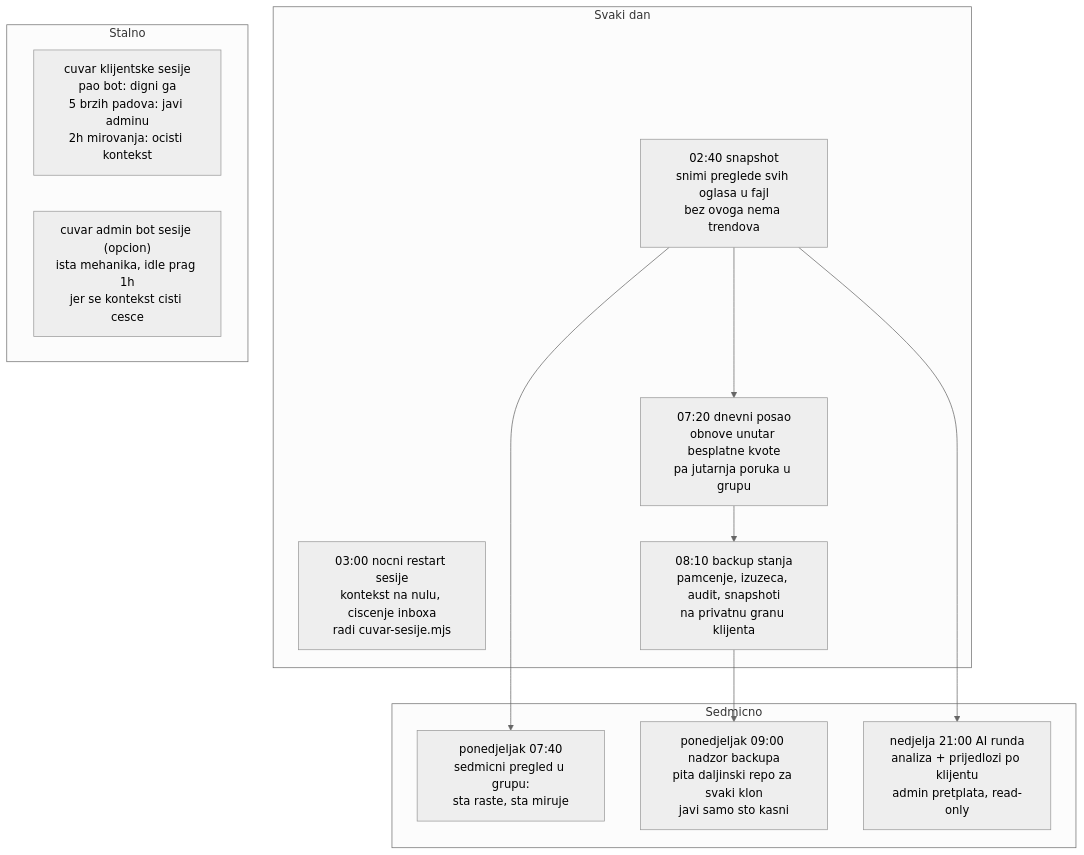
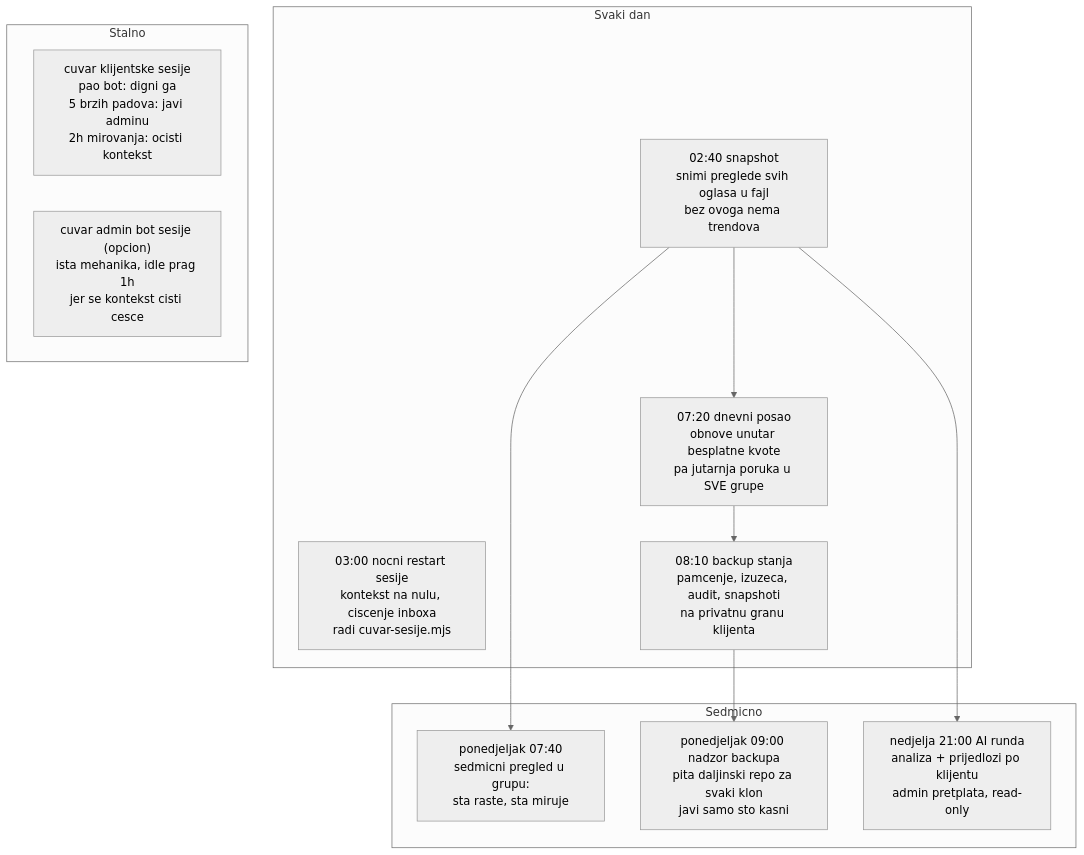
One commit to mob-dev-org/olx-mcp-api changed the third of 4 diagrams in olx-dokumentacija/arhitektura.md. Above: the diagram before and after it, drawn with Mermaid (neutral theme). The commit also changed other lines of this file and 13 other files, not shown here.

````diff
--- a/olx-dokumentacija/arhitektura.md
+++ b/olx-dokumentacija/arhitektura.md
@@ -94,24 +94,24 @@
 ```mermaid
 flowchart TB
     subgraph dan["Svaki dan"]
         s1["02:40 snapshot<br/>snimi preglede svih oglasa u fajl<br/>bez ovoga nema trendova"]
         s2["03:00 nocni restart sesije<br/>kontekst na nulu, ciscenje inboxa<br/>radi cuvar-sesije.mjs"]
-        s3["07:20 dnevni posao<br/>obnove unutar besplatne kvote<br/>pa jutarnja poruka u grupu"]
+        s3["07:20 dnevni posao<br/>obnove unutar besplatne kvote<br/>pa jutarnja poruka u SVE grupe"]
         s8["08:10 backup stanja<br/>pamcenje, izuzeca, audit, snapshoti<br/>na privatnu granu klijenta"]
     end
     subgraph sedmica["Sedmicno"]
         s4["ponedjeljak 07:40<br/>sedmicni pregled u grupu:<br/>sta raste, sta miruje"]
         s9["ponedjeljak 09:00 nadzor backupa<br/>pita daljinski repo za svaki klon<br/>javi samo sto kasni"]
         s5["nedjelja 21:00 AI runda<br/>analiza + prijedlozi po klijentu<br/>admin pretplata, read-only"]
     end
     subgraph stalno["Stalno"]
         s6["cuvar klijentske sesije<br/>pao bot: digni ga<br/>5 brzih padova: javi adminu<br/>2h mirovanja: ocisti kontekst"]
         s7["cuvar admin bot sesije (opcion)<br/>ista mehanika, idle prag 1h<br/>jer se kontekst cisti cesce"]
     end
 
     s1 --> s3
     s3 --> s8
     s1 --> s4
     s1 --> s5
     s8 --> s9
 ```
````
